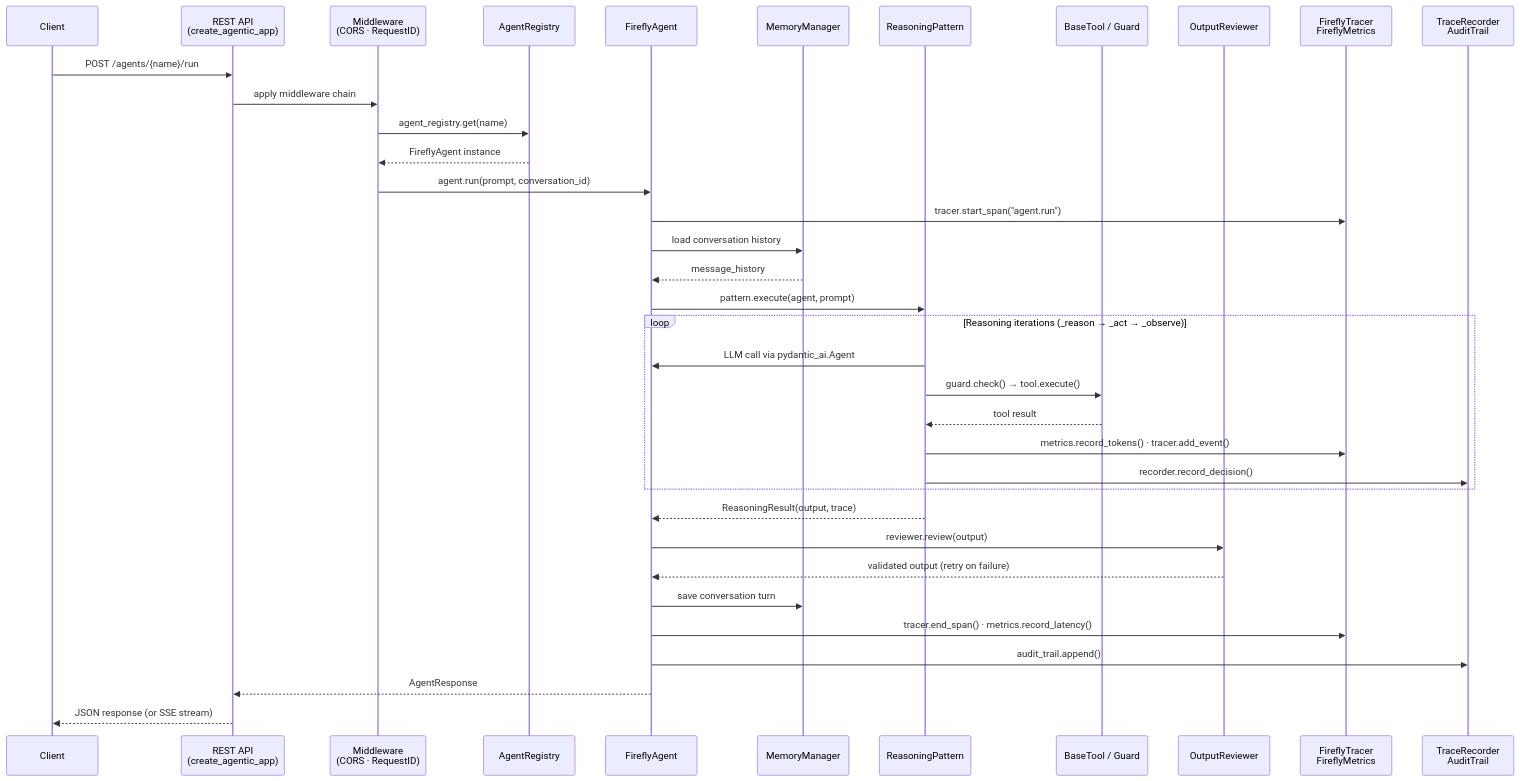
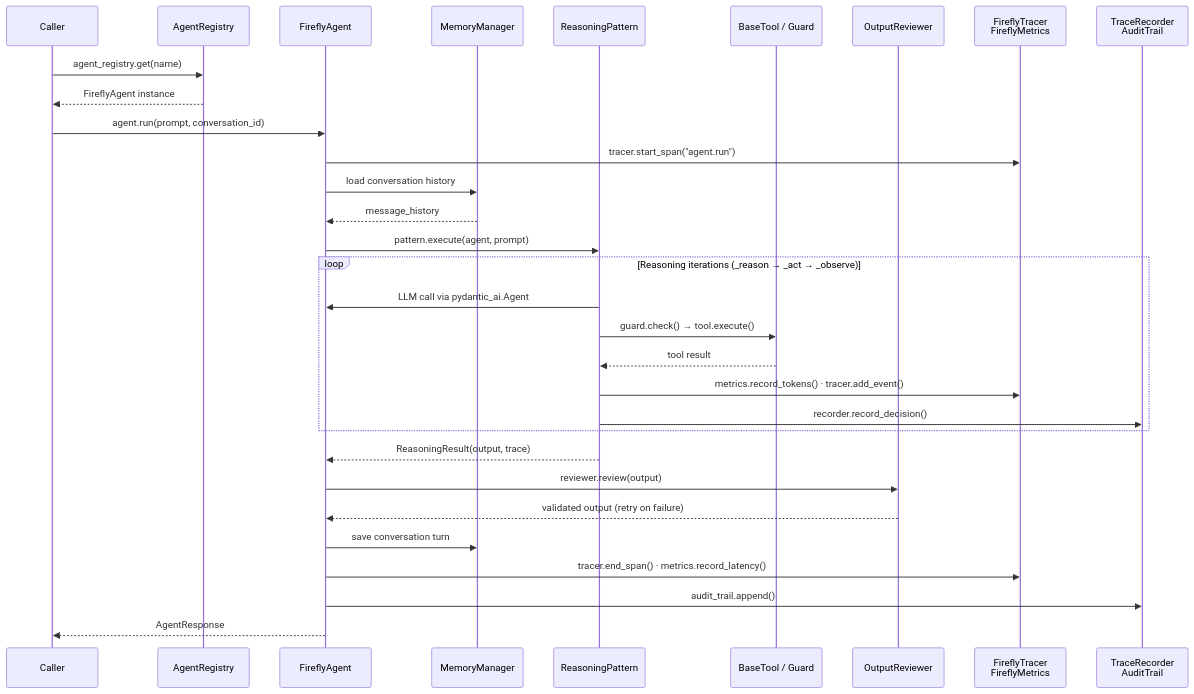
Before and after one commit to fireflyframework/fireflyframework-agentic: the third of 7 diagrams in docs/architecture.md, drawn with Mermaid. The commit also changed other lines of this file and 45 other files, not shown here.

````diff
--- a/docs/architecture.md
+++ b/docs/architecture.md
@@ -353,39 +323,34 @@
 ```mermaid
 sequenceDiagram
-    participant Client
-    participant REST as REST API<br/>(create_agentic_app)
-    participant MW as Middleware<br/>(CORS · RequestID)
+    participant Caller
     participant Reg as AgentRegistry
     participant Agent as FireflyAgent
     participant Mem as MemoryManager
     participant Reason as ReasoningPattern
     participant Tool as BaseTool / Guard
     participant Val as OutputReviewer
     participant OBS as FireflyTracer<br/>FireflyMetrics
     participant EXPL as TraceRecorder<br/>AuditTrail
 
-    Client->>REST: POST /agents/{name}/run
-    REST->>MW: apply middleware chain
-    MW->>Reg: agent_registry.get(name)
-    Reg-->>MW: FireflyAgent instance
-    MW->>Agent: agent.run(prompt, conversation_id)
+    Caller->>Reg: agent_registry.get(name)
+    Reg-->>Caller: FireflyAgent instance
+    Caller->>Agent: agent.run(prompt, conversation_id)
     Agent->>OBS: tracer.start_span("agent.run")
     Agent->>Mem: load conversation history
     Mem-->>Agent: message_history
     Agent->>Reason: pattern.execute(agent, prompt)
     loop Reasoning iterations (_reason → _act → _observe)
         Reason->>Agent: LLM call via pydantic_ai.Agent
         Reason->>Tool: guard.check() → tool.execute()
         Tool-->>Reason: tool result
         Reason->>OBS: metrics.record_tokens() · tracer.add_event()
         Reason->>EXPL: recorder.record_decision()
     end
     Reason-->>Agent: ReasoningResult(output, trace)
     Agent->>Val: reviewer.review(output)
     Val-->>Agent: validated output (retry on failure)
     Agent->>Mem: save conversation turn
     Agent->>OBS: tracer.end_span() · metrics.record_latency()
     Agent->>EXPL: audit_trail.append()
-    Agent-->>REST: AgentResponse
-    REST-->>Client: JSON response (or SSE stream)
+    Agent-->>Caller: AgentResponse
 ```
````
